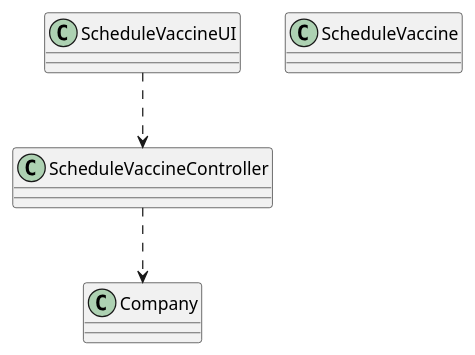
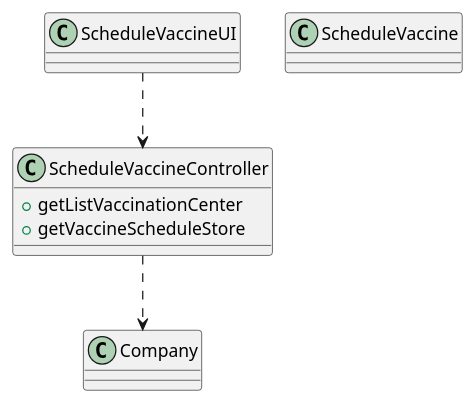
The diagram in docs/SprintC/US1/US1_CD.puml (diogonapoles/isep-lapr2), drawn with PlantUML before and after one commit. The commit also changed 2 other files, not shown here.

```diff
--- a/docs/SprintC/US1/US1_CD.puml
+++ b/docs/SprintC/US1/US1_CD.puml
@@ -1,19 +1,23 @@
 @startuml
 'https://plantuml.com/sequence-diagram
 
 class ScheduleVaccineController{
++getListVaccinationCenter
++getVaccineScheduleStore
 }
 
 class ScheduleVaccineUI{
 }
 
 class ScheduleVaccine{
+
 }
 
 class Company{
+
 }
 
 ScheduleVaccineUI .down.> ScheduleVaccineController
 ScheduleVaccineController .down.> Company
 
 @enduml
```
